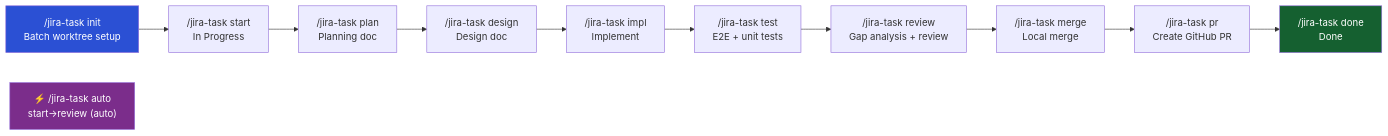
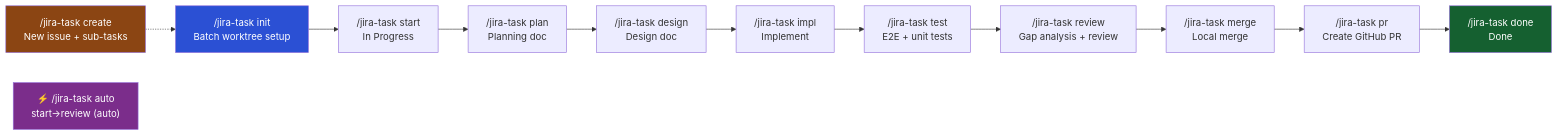
Before and after one commit to mzd-hseokkim/jira-claude-code-integration: the diagram in README.md, drawn with Mermaid. The commit also changed other lines of this file and 5 other files, not shown here.

First line of the commit message:
Add jira-task create command for interactive issue creation (v0.12.0)

````diff
--- a/README.md
+++ b/README.md
@@ -33,18 +33,20 @@
 ```mermaid
 graph LR
-    A["/jira-task init\nBatch worktree setup"] --> B["/jira-task start\nIn Progress"]
+    N["/jira-task create\nNew issue + sub-tasks"] -.-> A["/jira-task init\nBatch worktree setup"]
+    A --> B["/jira-task start\nIn Progress"]
     B --> C["/jira-task plan\nPlanning doc"]
     C --> D["/jira-task design\nDesign doc"]
     D --> E["/jira-task impl\nImplement"]
     E --> F["/jira-task test\nE2E + unit tests"]
     F --> G["/jira-task review\nGap analysis + review"]
     G --> H["/jira-task merge\nLocal merge"]
     H --> I["/jira-task pr\nCreate GitHub PR"]
     I --> J["/jira-task done\nDone"]
 
     AUTO["⚡ /jira-task auto\nstart→review (auto)"]
 
+    style N fill:#8B4513,color:#fff
     style A fill:#2B50D4,color:#fff
     style J fill:#156030,color:#fff
     style AUTO fill:#7B2D8B,color:#fff
 ```
````
